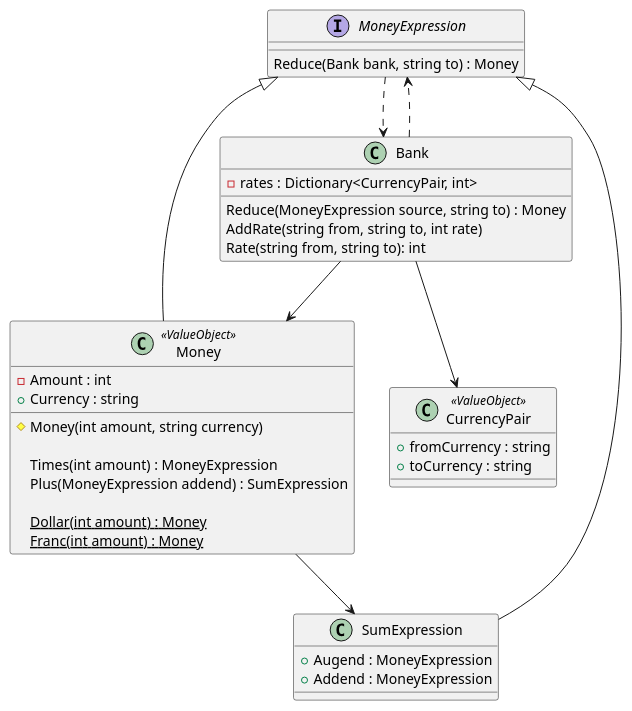
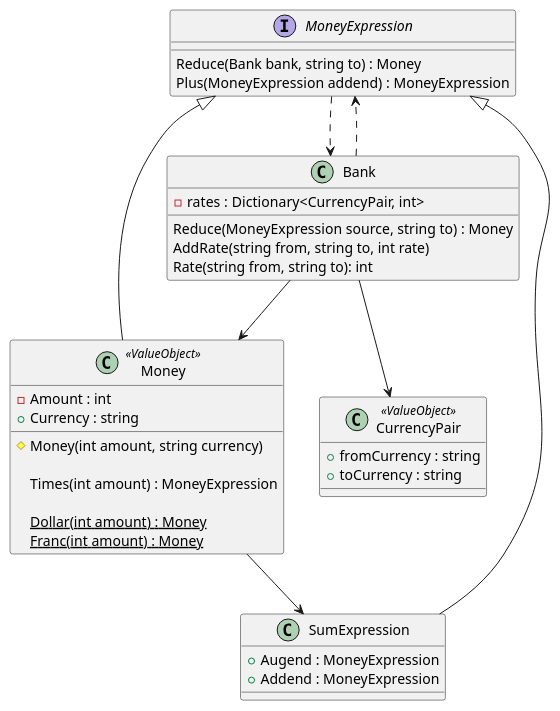
One commit to RicardoGuzmanVelasco/KentBeck.TDDByExample changed the diagram in Documentation/Classes.puml. Above: the diagram before and after it, drawn with PlantUML. The commit also changed 1 other file, not shown here.

```diff
--- a/Documentation/Classes.puml
+++ b/Documentation/Classes.puml
@@ -1,49 +1,49 @@
 @startuml
 
 interface MoneyExpression
 {
     Reduce(Bank bank, string to) : Money
+    Plus(MoneyExpression addend) : MoneyExpression
 } 
 MoneyExpression ..> Bank
 
 class Money <<ValueObject>>
 {
     -Amount : int
     +Currency : string
     
     #Money(int amount, string currency)
     
     Times(int amount) : MoneyExpression
-    Plus(MoneyExpression addend) : SumExpression
     
     {static} Dollar(int amount) : Money
     {static} Franc(int amount) : Money
 }
 Money --|> MoneyExpression
 Money --> SumExpression
 
 class SumExpression
 {
     +Augend : MoneyExpression
     +Addend : MoneyExpression
 }
 SumExpression --|> MoneyExpression
 
 class CurrencyPair <<ValueObject>>
 {
     +fromCurrency : string
     +toCurrency : string
 }
 
 class Bank
 {
     -rates : Dictionary<CurrencyPair, int>
 
     Reduce(MoneyExpression source, string to) : Money
     AddRate(string from, string to, int rate)
     Rate(string from, string to): int
 }
 Bank --> CurrencyPair
 Bank ..> MoneyExpression
 Bank --> Money
 @enduml
```
